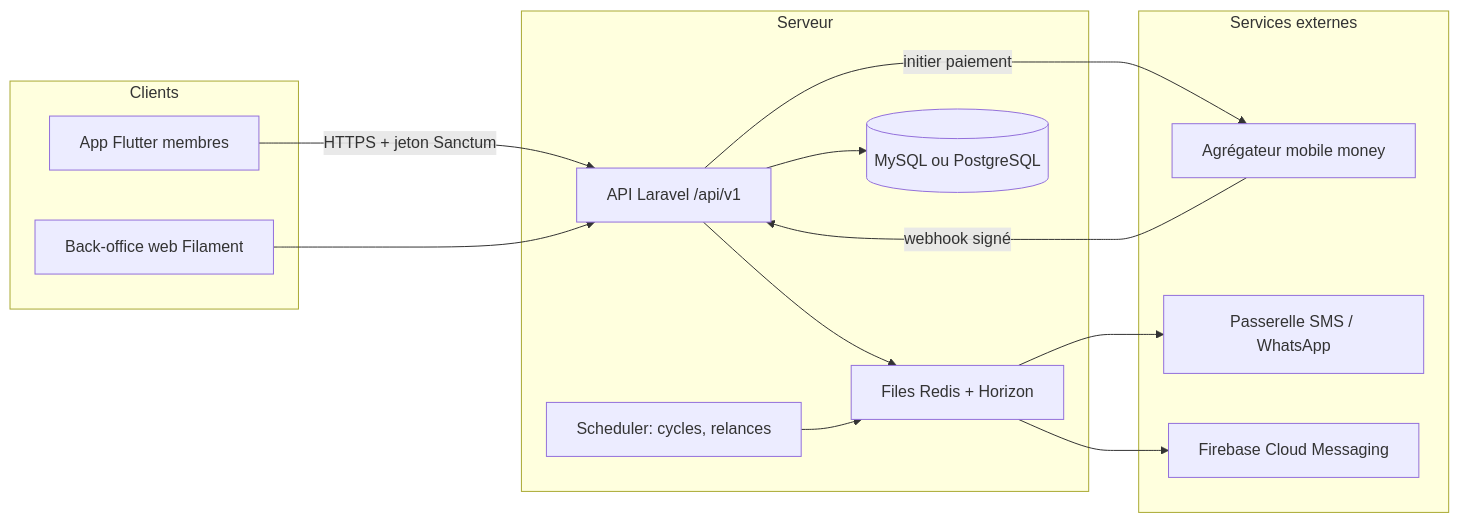
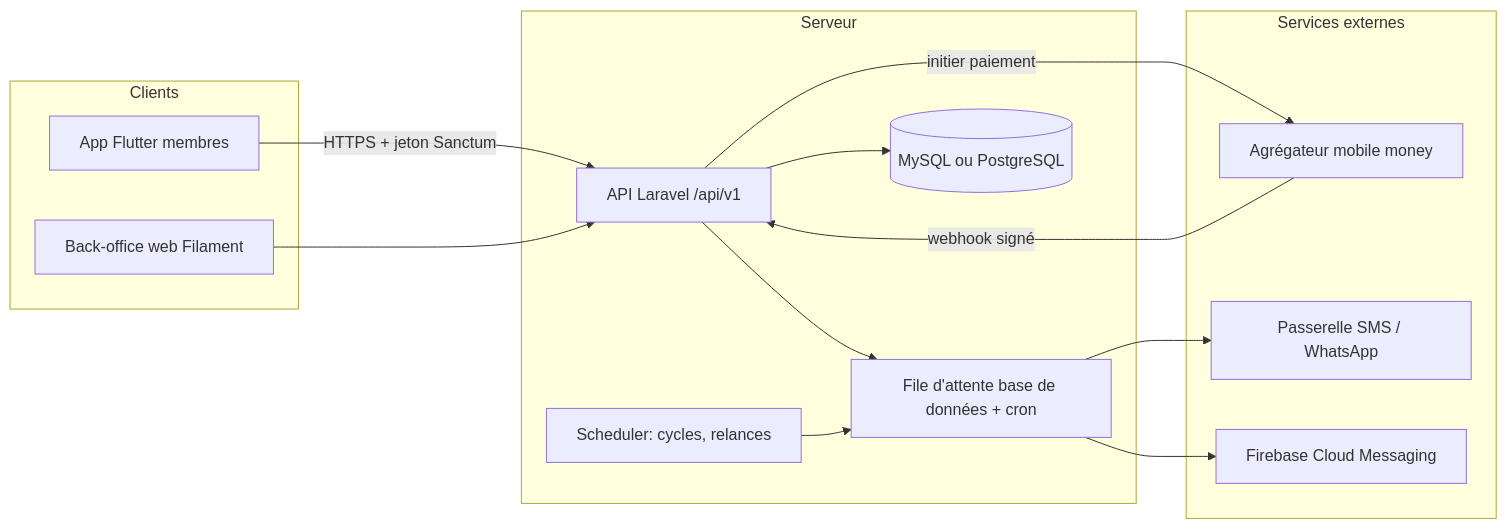
The diagram in docs/GUIDE_SAAS.md (jino67/tontine-bf), drawn with Mermaid before and after one commit. The commit also changed other lines of this file and 3 other files, not shown here.

````diff
--- a/docs/GUIDE_SAAS.md
+++ b/docs/GUIDE_SAAS.md
@@ -172,27 +172,27 @@
 ```mermaid
 flowchart LR
   subgraph Clients
     M[App Flutter membres]
     W[Back-office web Filament]
   end
   subgraph Serveur
     API[API Laravel /api/v1]
-    Q[Files Redis + Horizon]
+    Q[File d'attente base de données + cron]
     S[Scheduler: cycles, relances]
     DB[(MySQL ou PostgreSQL)]
   end
   subgraph Services externes
     PAY[Agrégateur mobile money]
     SMS[Passerelle SMS / WhatsApp]
     FCM[Firebase Cloud Messaging]
   end
   M -->|HTTPS + jeton Sanctum| API
   W --> API
   API --> DB
   API --> Q
   S --> Q
   Q --> SMS
   Q --> FCM
   API -->|initier paiement| PAY
   PAY -->|webhook signé| API
 ```
````
